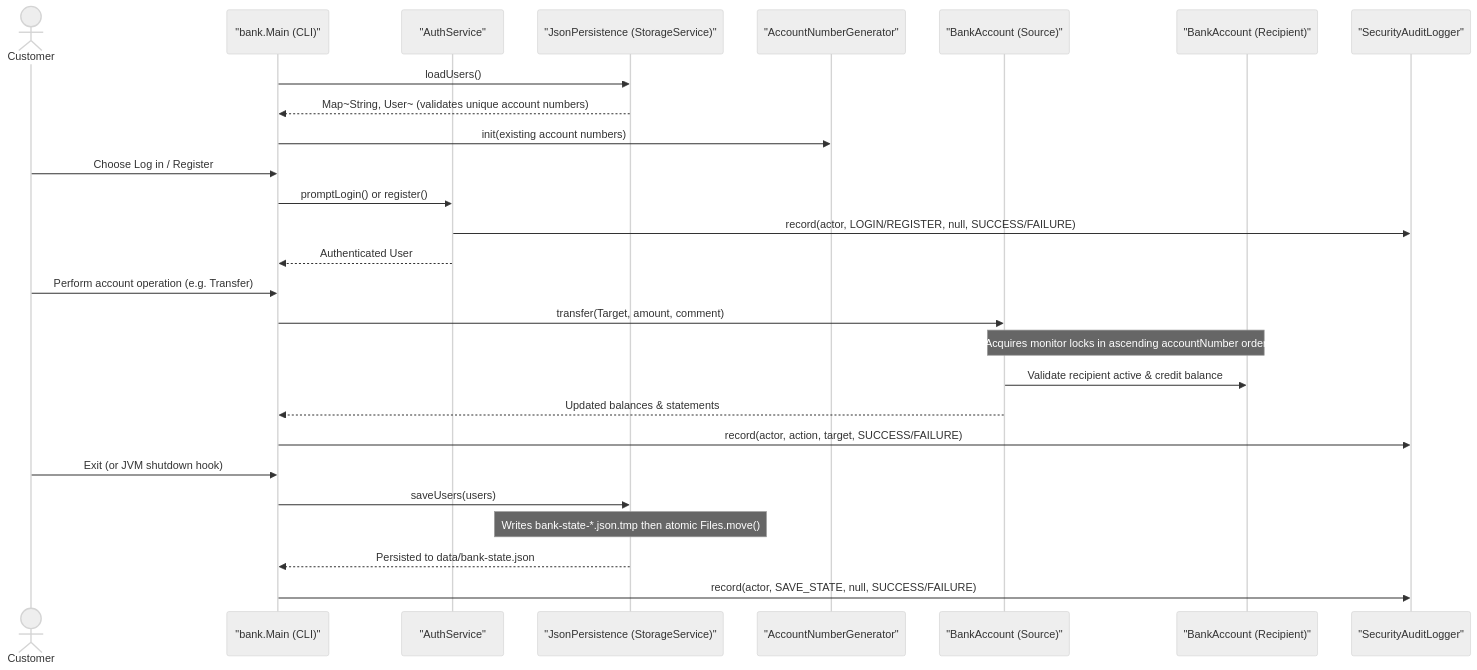
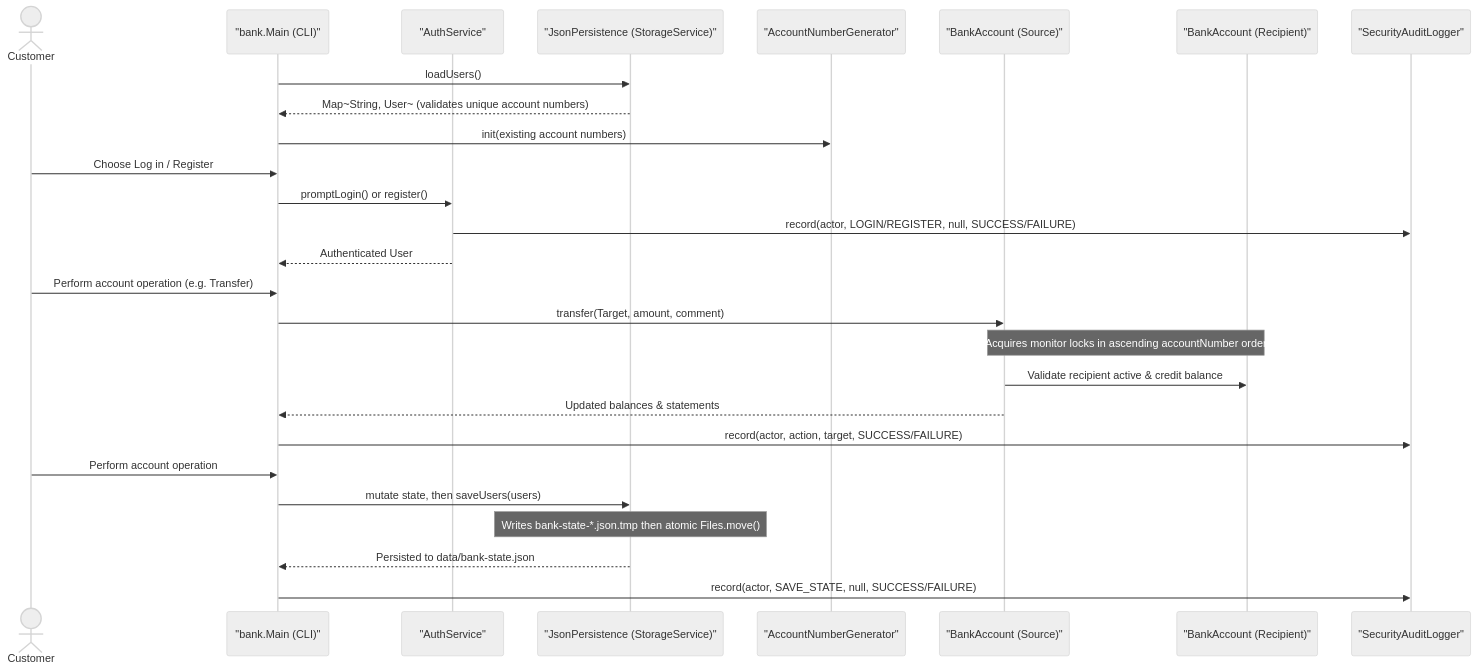
One commit to iaRka-Git/BankingProject changed the second of 3 diagrams in docs/ARCHITECTURE.md. Above: the diagram before and after it, drawn with Mermaid (neutral theme). The commit also changed 5 other files, not shown here.

````diff
--- a/docs/ARCHITECTURE.md
+++ b/docs/ARCHITECTURE.md
@@ -91,33 +91,33 @@
 ```mermaid
 sequenceDiagram
     actor Customer
     participant Main as "bank.Main (CLI)"
     participant Auth as "AuthService"
     participant Store as "JsonPersistence (StorageService)"
     participant Generator as "AccountNumberGenerator"
     participant Source as "BankAccount (Source)"
     participant Target as "BankAccount (Recipient)"
     participant Audit as "SecurityAuditLogger"
 
     Main->>Store: loadUsers()
     Store-->>Main: Map~String, User~ (validates unique account numbers)
     Main->>Generator: init(existing account numbers)
 
     Customer->>Main: Choose Log in / Register
     Main->>Auth: promptLogin() or register()
     Auth->>Audit: record(actor, LOGIN/REGISTER, null, SUCCESS/FAILURE)
     Auth-->>Main: Authenticated User
 
     Customer->>Main: Perform account operation (e.g. Transfer)
     Main->>Source: transfer(Target, amount, comment)
     Note over Source,Target: Acquires monitor locks in ascending accountNumber order
     Source->>Target: Validate recipient active & credit balance
     Source-->>Main: Updated balances & statements
     Main->>Audit: record(actor, action, target, SUCCESS/FAILURE)
 
-    Customer->>Main: Exit (or JVM shutdown hook)
-    Main->>Store: saveUsers(users)
+    Customer->>Main: Perform account operation
+    Main->>Store: mutate state, then saveUsers(users)
     Note over Store: Writes bank-state-*.json.tmp then atomic Files.move()
     Store-->>Main: Persisted to data/bank-state.json
     Main->>Audit: record(actor, SAVE_STATE, null, SUCCESS/FAILURE)
 ```
````
